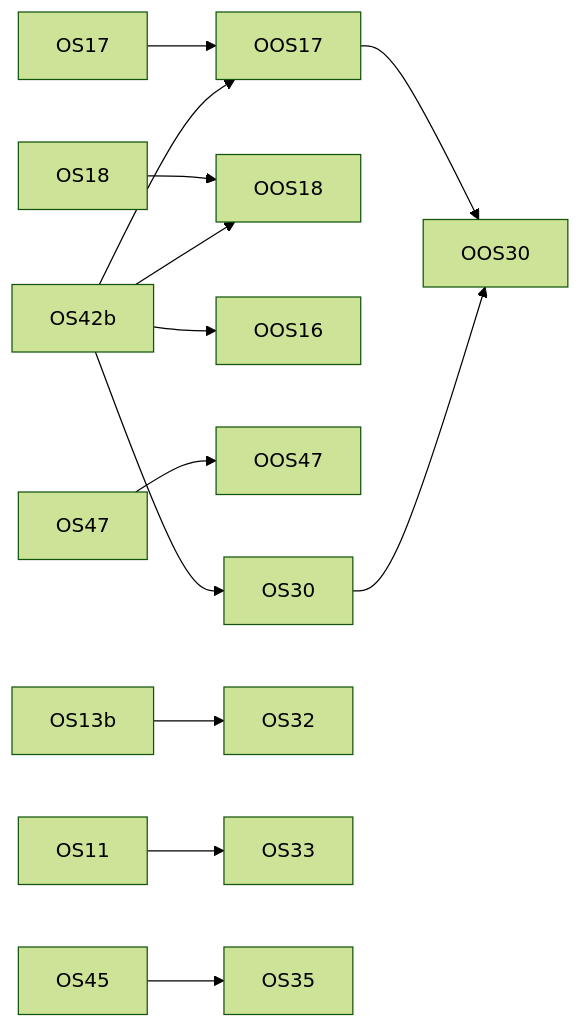
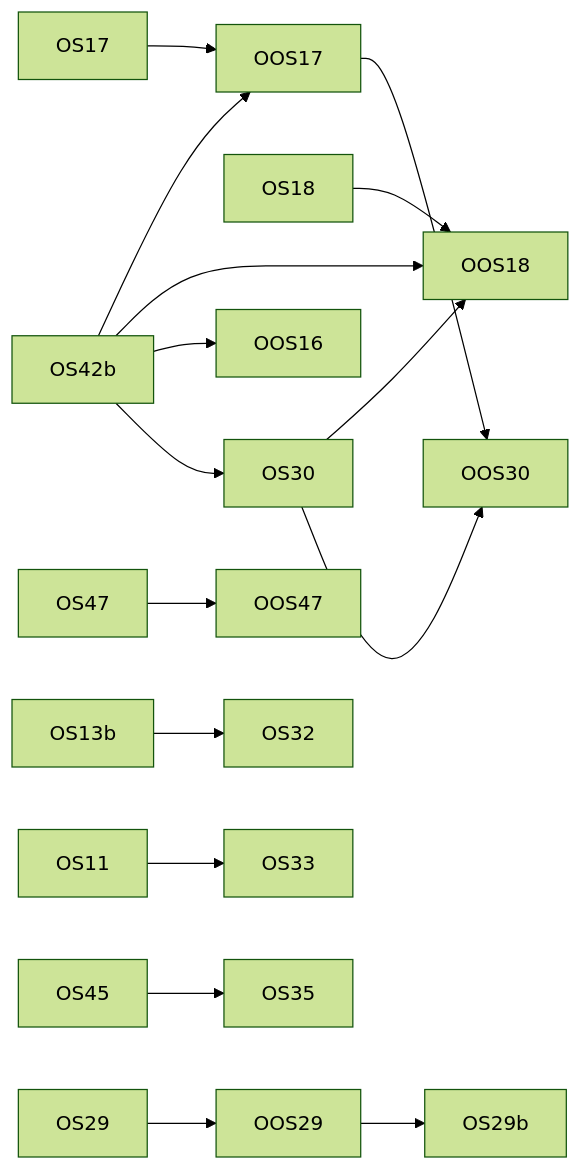
One commit to diy-accounting-uk/submit.diyaccounting.co.uk changed the diagram in PLAN_ORGANIC_SEARCH.md. Above: the diagram before and after it, drawn with Mermaid (forest theme). The commit also changed other lines of this file and 1 other file, not shown here.

First line of the commit message:
Board: OS29, OOS17, OOS18 and OOS30 come onto the board

````diff
--- a/PLAN_ORGANIC_SEARCH.md
+++ b/PLAN_ORGANIC_SEARCH.md
@@ -899,15 +901,18 @@
 ```mermaid
 flowchart LR
   OS42b --> OOS17
   OS42b --> OOS18
   OS17 --> OOS17
   OS18 --> OOS18
+  OS30 --> OOS18
+  OS29 --> OOS29
+  OOS29 --> OS29b
   OS42b --> OOS16
   OS47 --> OOS47
   OS30 --> OOS30
   OOS17 --> OOS30
   OS13b --> OS32
   OS42b --> OS30
   OS11 --> OS33
   OS45 --> OS35
 ```
````
